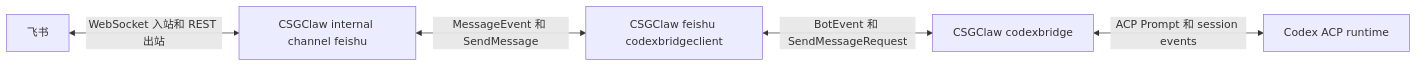
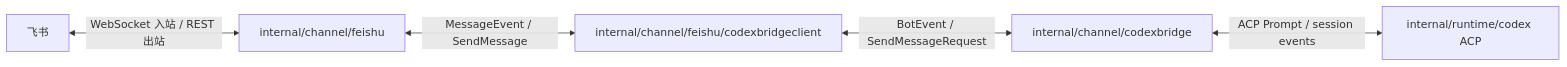
The first of 5 diagrams in docs/channel/codex-feishu.zh.md (GatewayJ/csgclaw), drawn with Mermaid before and after one commit. The commit also changed other lines of this file, not shown here.

Commit message:
docs: clarify feishu protocol interfaces

````diff
--- a/docs/channel/codex-feishu.zh.md
+++ b/docs/channel/codex-feishu.zh.md
@@ -148,13 +9,13 @@
 ```mermaid
 flowchart LR
     Feishu[飞书]
-    FeishuService[CSGClaw internal channel feishu]
-    FeishuAdapter[CSGClaw feishu codexbridgeclient]
-    CodexBridge[CSGClaw codexbridge]
-    CodexRuntime[Codex ACP runtime]
+    FeishuService[internal/channel/feishu]
+    FeishuClient[internal/channel/feishu/codexbridgeclient]
+    CodexBridge[internal/channel/codexbridge]
+    CodexRuntime[internal/runtime/codex ACP]
 
-    Feishu <-->|WebSocket 入站和 REST 出站| FeishuService
-    FeishuService <-->|MessageEvent 和 SendMessage| FeishuAdapter
-    FeishuAdapter <-->|BotEvent 和 SendMessageRequest| CodexBridge
-    CodexBridge <-->|ACP Prompt 和 session events| CodexRuntime
+    Feishu <-->|WebSocket 入站 / REST 出站| FeishuService
+    FeishuService <-->|MessageEvent / SendMessage| FeishuClient
+    FeishuClient <-->|BotEvent / SendMessageRequest| CodexBridge
+    CodexBridge <-->|ACP Prompt / session events| CodexRuntime
 ```
````
